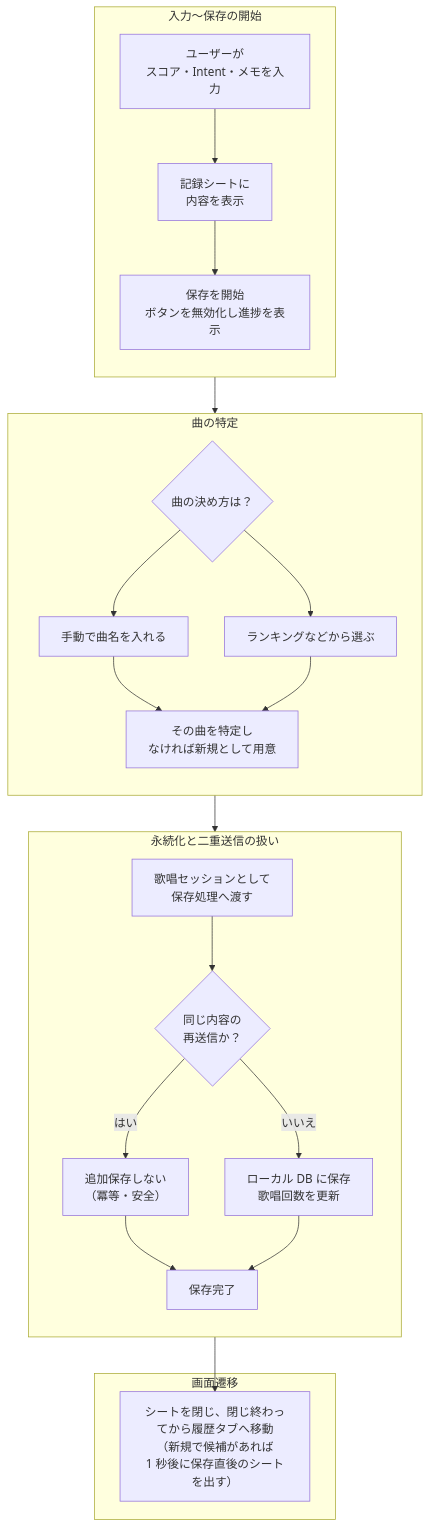
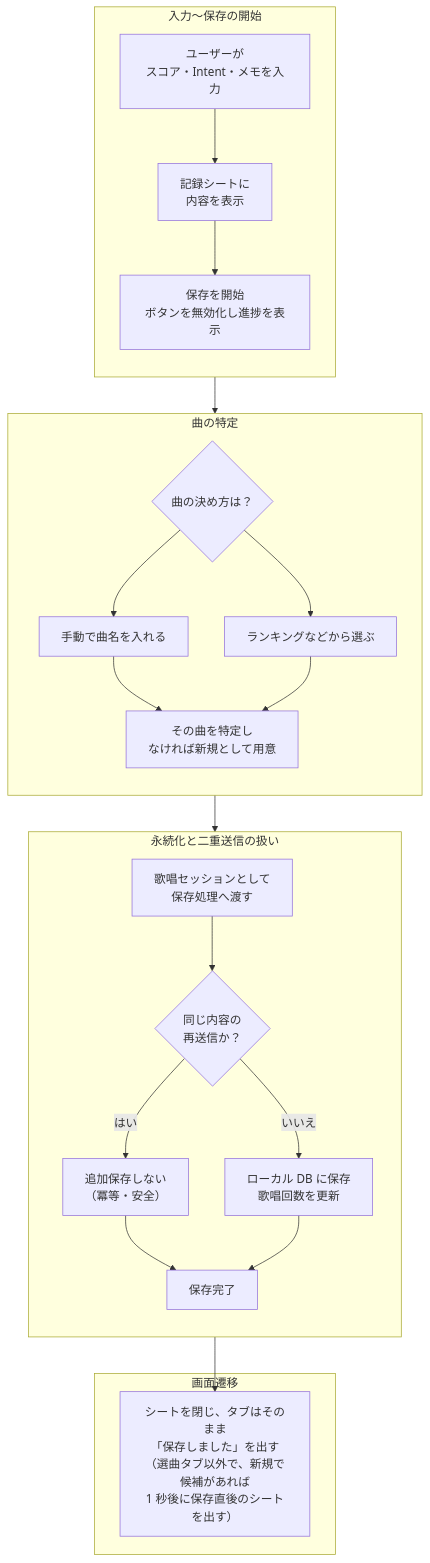
The first of 4 diagrams in docs/architecture.md (omomi-moti/Karaoke_support), drawn with Mermaid before and after one commit. The commit also changed other lines of this file and 8 other files, not shown here.

````diff
--- a/docs/architecture.md
+++ b/docs/architecture.md
@@ -52,44 +52,44 @@
 ```mermaid
 flowchart TB
     subgraph S1["入力〜保存の開始"]
         direction TB
         A["ユーザーが<br>スコア・Intent・メモを入力"]
         B["記録シートに<br>内容を表示"]
         C["保存を開始<br>ボタンを無効化し進捗を表示"]
         A --> B --> C
     end
 
     subgraph S2["曲の特定"]
         direction TB
         D{曲の決め方は？}　
         E["手動で曲名を入れる"]
         R["ランキングなどから選ぶ"]
         T["その曲を特定し<br>なければ新規として用意"]
         D --> E
         D --> R
         E --> T
         R --> T
     end
 
     subgraph S3["永続化と二重送信の扱い"]
         direction TB
         F["歌唱セッションとして<br>保存処理へ渡す"]
         G{"同じ内容の<br>再送信か？"}
         H["追加保存しない<br>（冪等・安全）"]
         I["ローカル DB に保存<br>歌唱回数を更新"]
         J["保存完了"]
         F --> G
         G -->|はい| H
         G -->|いいえ| I
         H --> J
         I --> J
     end
 
     subgraph S4["画面遷移"]
-        K["シートを閉じ、閉じ終わってから履歴タブへ移動<br>（新規で候補があれば<br>1 秒後に保存直後のシートを出す）"]
+        K["シートを閉じ、タブはそのまま<br>「保存しました」を出す<br>（選曲タブ以外で、新規で候補があれば<br>1 秒後に保存直後のシートを出す）"]
     end
 
     C --> D
     T --> F
     J --> K
 ```
````
